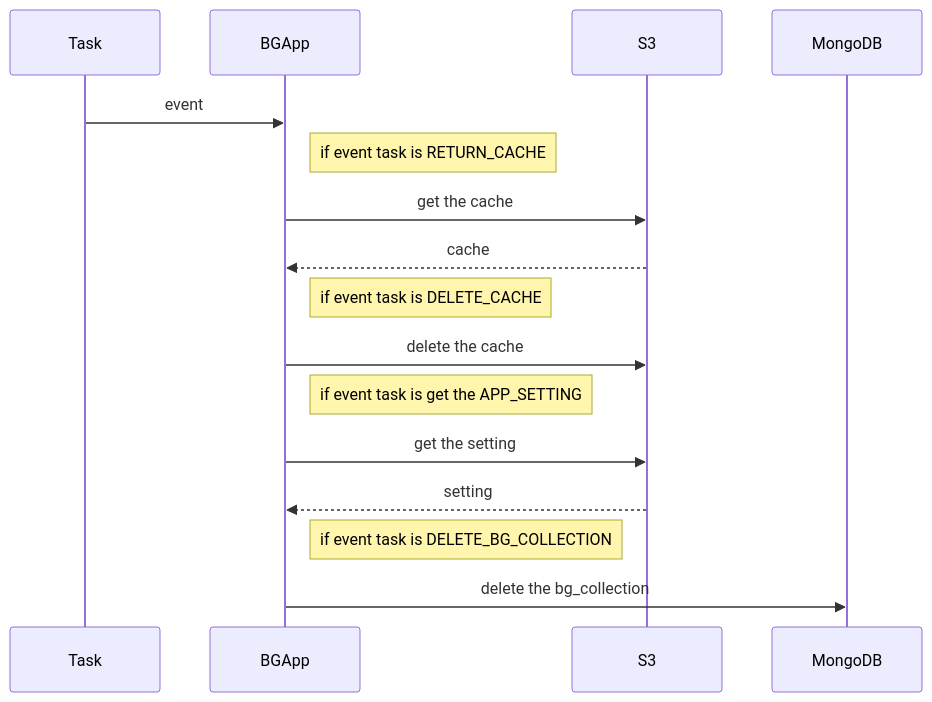
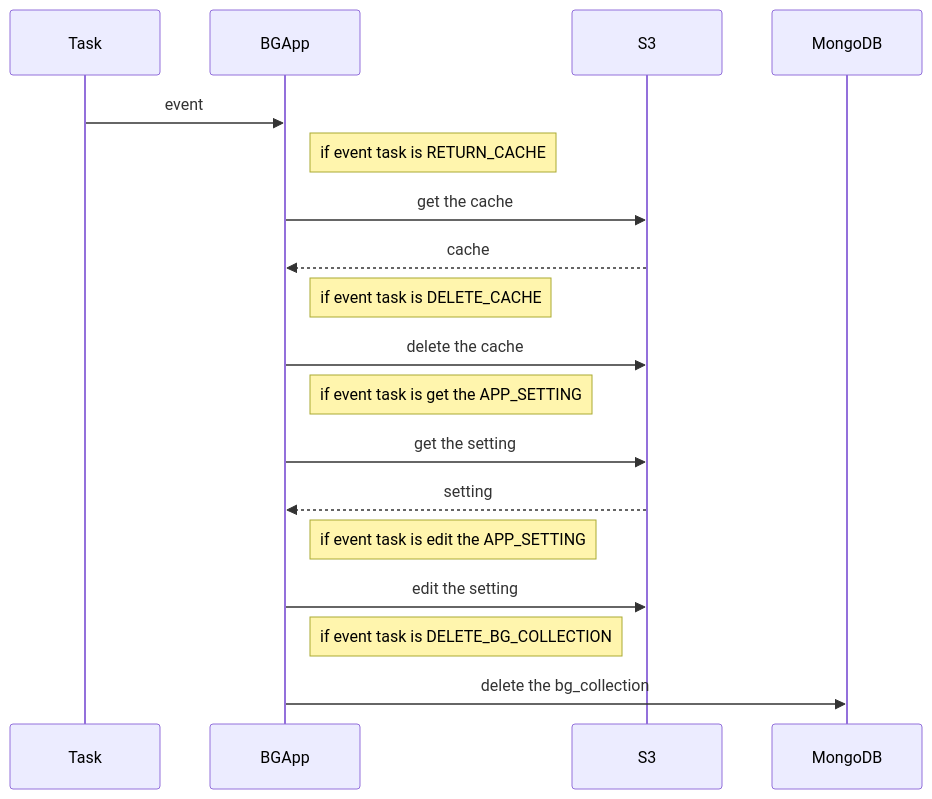
The second of 2 diagrams in README.md (Atashnezhad/Realtime_BitGrading_App), drawn with Mermaid before and after one commit.

````diff
--- a/README.md
+++ b/README.md
@@ -76,18 +76,21 @@
 ```mermaid
 sequenceDiagram
 Task->>BGApp: event
 Note right of BGApp: if event task is RETURN_CACHE
 BGApp->>S3: get the cache
 S3-->>BGApp: cache
 
 Note right of BGApp: if event task is DELETE_CACHE
 BGApp->>S3: delete the cache
 
 Note right of BGApp: if event task is get the APP_SETTING
 BGApp->>S3: get the setting
 S3-->>BGApp: setting
 
+Note right of BGApp: if event task is edit the APP_SETTING
+BGApp->>S3: edit the setting
+
 Note right of BGApp: if event task is DELETE_BG_COLLECTION
 BGApp->>MongoDB: delete the bg_collection
 
 ```
````
